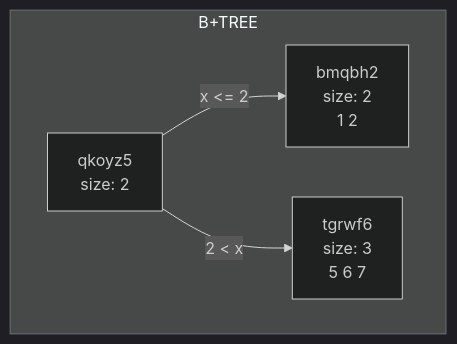
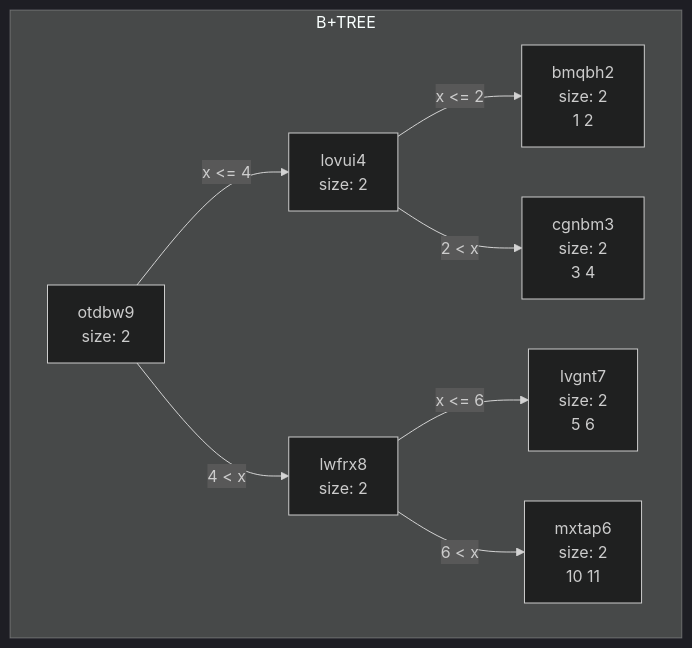
The first of 2 diagrams in data/chart.md (vasu0403/bpTree), drawn with Mermaid (dark theme) before and after one commit. The commit also changed other lines of this file and 16 other files, not shown here.

````diff
--- a/data/chart.md
+++ b/data/chart.md
@@ -1,10 +1,18 @@
 ```mermaid
 graph TD
 subgraph B+TREE
-qkoyz5[qkoyz5<br/>size: 2<br/>]
+otdbw9[otdbw9<br/>size: 2<br/>]
+lovui4[lovui4<br/>size: 2<br/>]
 bmqbh2[bmqbh2<br/>size: 2<br/>1 2 ]
-qkoyz5-->|x <= 2|bmqbh2
-tgrwf6[tgrwf6<br/>size: 3<br/>5 6 7 ]
-qkoyz5-->|2 < x|tgrwf6
+lovui4-->|x <= 2|bmqbh2
+cgnbm3[cgnbm3<br/>size: 2<br/>3 4 ]
+lovui4-->|2 < x|cgnbm3
+otdbw9-->|x <= 4|lovui4
+lwfrx8[lwfrx8<br/>size: 2<br/>]
+lvgnt7[lvgnt7<br/>size: 2<br/>5 6 ]
+lwfrx8-->|x <= 6|lvgnt7
+mxtap6[mxtap6<br/>size: 2<br/>10 11 ]
+lwfrx8-->|6 < x|mxtap6
+otdbw9-->|4 < x|lwfrx8
 end
 ```
````
